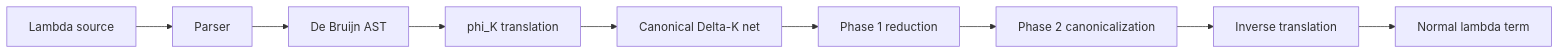
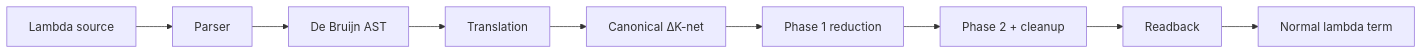
The diagram in DELTA_K_GUIDE.md (gavlooth/delta_net_abstract_machine), drawn with Mermaid before and after one commit. The commit also changed other lines of this file and 8 other files, not shown here.

````diff
--- a/DELTA_K_GUIDE.md
+++ b/DELTA_K_GUIDE.md
@@ -13,11 +31,11 @@
 ```mermaid
 flowchart LR
     S[Lambda source] --> P[Parser]
     P --> A[De Bruijn AST]
-    A --> T[phi_K translation]
-    T --> N[Canonical Delta-K net]
+    A --> T[Translation]
+    T --> N[Canonical ΔK-net]
     N --> R[Phase 1 reduction]
-    R --> C[Phase 2 canonicalization]
-    C --> B[Inverse translation]
+    R --> C[Phase 2 + cleanup]
+    C --> B[Readback]
     B --> O[Normal lambda term]
 ```
````
